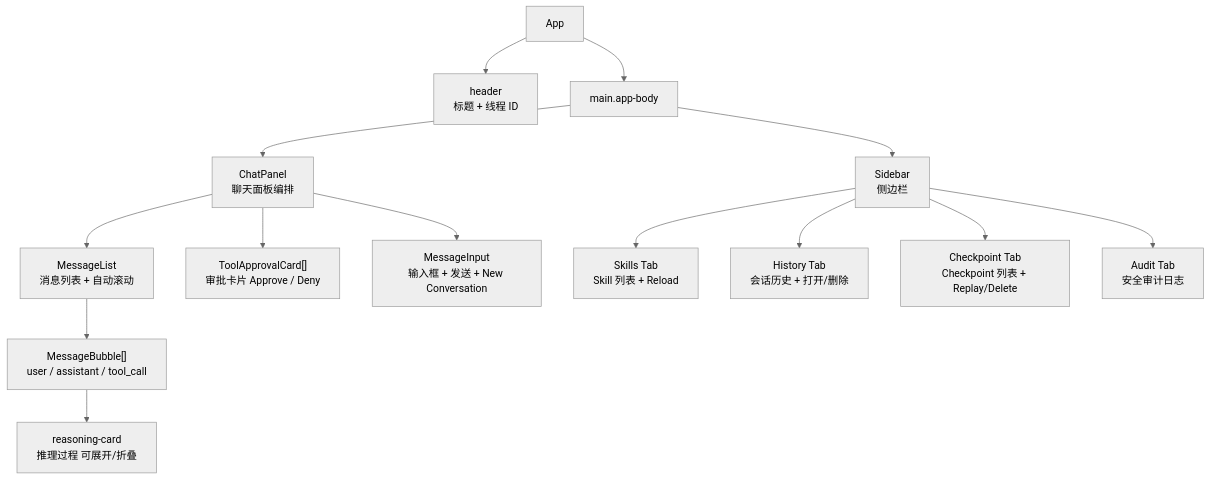
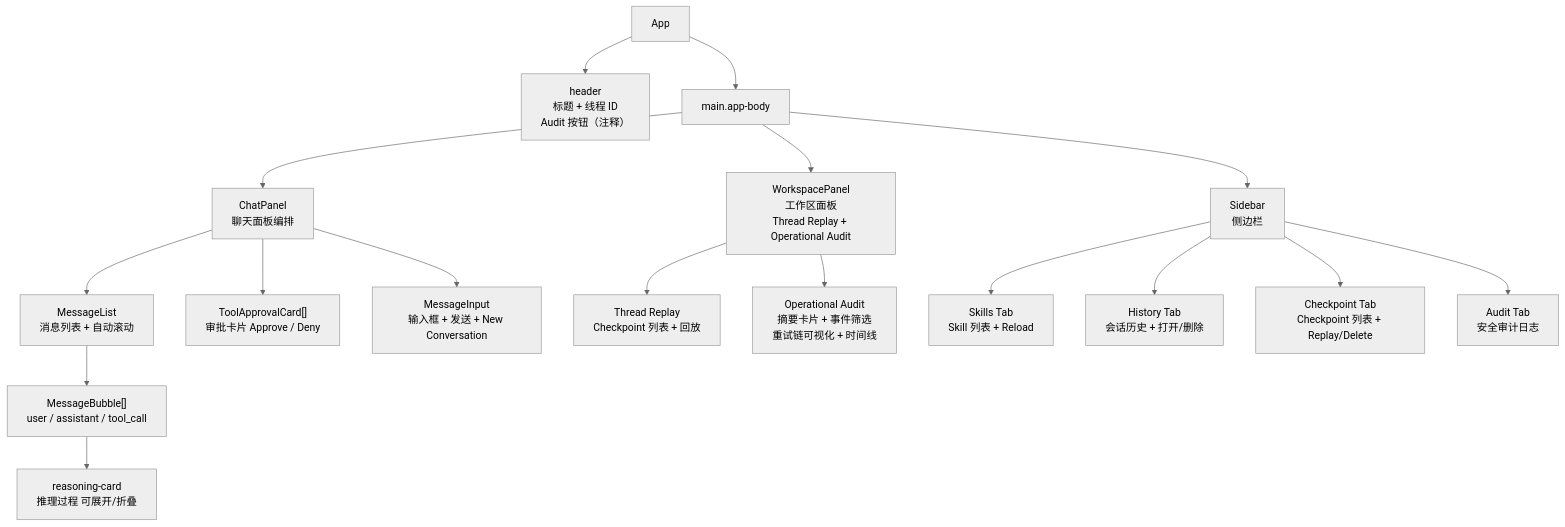
One commit to YachuanWzh/huamulan-agent changed the eighth of 9 diagrams in 技术方案报告.md. Above: the diagram before and after it, drawn with Mermaid (neutral theme). The commit also changed other lines of this file, not shown here.

First line of the commit message:
docs(tech-report): 补充执行日志追踪、审计面板和 audit-sop 技术方案

````diff
--- a/技术方案报告.md
+++ b/技术方案报告.md
@@ -624,20 +709,24 @@
 ```mermaid
 graph TD
-    App --> Header["header<br/>标题 + 线程 ID"]
+    App --> Header["header<br/>标题 + 线程 ID<br/>Audit 按钮（注释）"]
     App --> Main["main.app-body"]
 
     Main --> ChatPanel["ChatPanel<br/>聊天面板编排"]
     Main --> Sidebar["Sidebar<br/>侧边栏"]
+    Main --> WorkspacePanel["WorkspacePanel<br/>工作区面板<br/>Thread Replay + Operational Audit"]
 
     ChatPanel --> MessageList["MessageList<br/>消息列表 + 自动滚动"]
     ChatPanel --> ToolApprovalCard["ToolApprovalCard[]<br/>审批卡片 Approve / Deny"]
     ChatPanel --> MessageInput["MessageInput<br/>输入框 + 发送 + New Conversation"]
 
     MessageList --> MessageBubble["MessageBubble[]<br/>user / assistant / tool_call"]
     MessageBubble --> Reasoning["reasoning-card<br/>推理过程 可展开/折叠"]
 
+    WorkspacePanel --> ReplayView["Thread Replay<br/>Checkpoint 列表 + 回放"]
+    WorkspacePanel --> AuditView["Operational Audit<br/>摘要卡片 + 事件筛选<br/>重试链可视化 + 时间线"]
+
     Sidebar --> SkillsTab["Skills Tab<br/>Skill 列表 + Reload"]
     Sidebar --> HistoryTab["History Tab<br/>会话历史 + 打开/删除"]
     Sidebar --> CheckpointTab["Checkpoint Tab<br/>Checkpoint 列表 + Replay/Delete"]
     Sidebar --> AuditTab["Audit Tab<br/>安全审计日志"]
 ```
````
